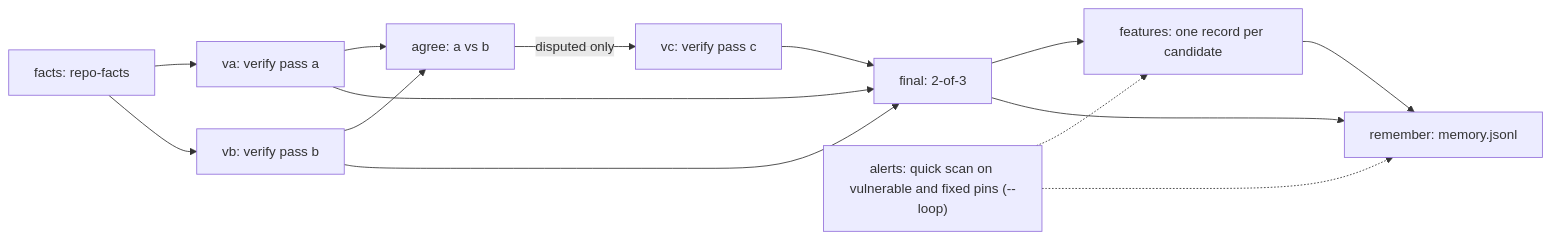
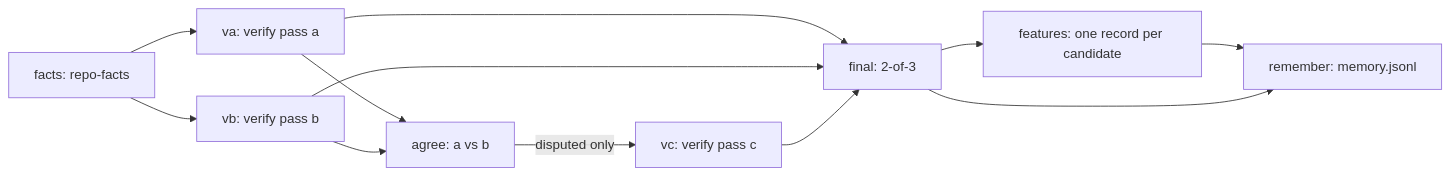
One commit to norandom/OpenUltraSAST changed the second of 2 diagrams in docs/plane.md. Above: the diagram before and after it, drawn with Mermaid. The commit also changed other lines of this file and 31 other files, not shown here.

````diff
--- a/docs/plane.md
+++ b/docs/plane.md
@@ -114,16 +113,14 @@
 ```mermaid
 flowchart LR
     facts["facts: repo-facts"] --> va["va: verify pass a"]
     facts --> vb["vb: verify pass b"]
     va --> agree["agree: a vs b"]
     vb --> agree
     agree -- "disputed only" --> vc["vc: verify pass c"]
     va --> final["final: 2-of-3"]
     vb --> final
     vc --> final
     final --> features["features: one record per candidate"]
-    alerts["alerts: quick scan on vulnerable and fixed pins (--loop)"] -.-> features
     features --> remember["remember: memory.jsonl"]
-    alerts -.-> remember
     final --> remember
 ```
````
